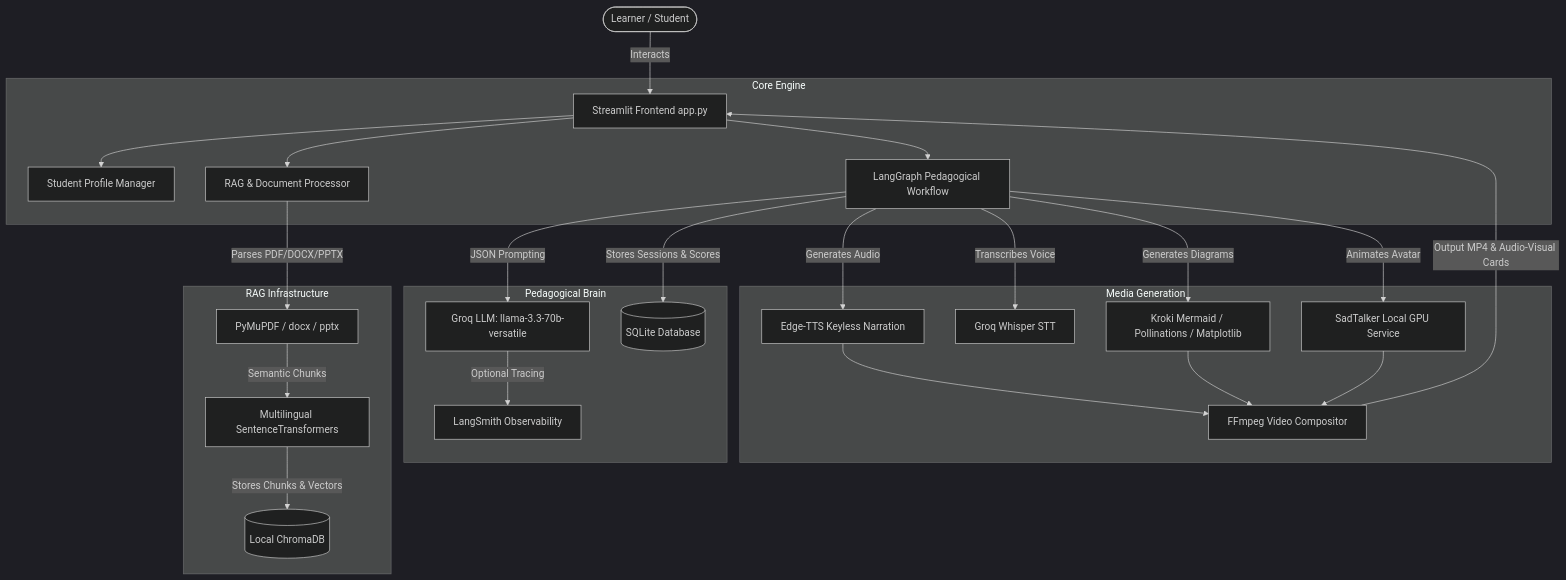
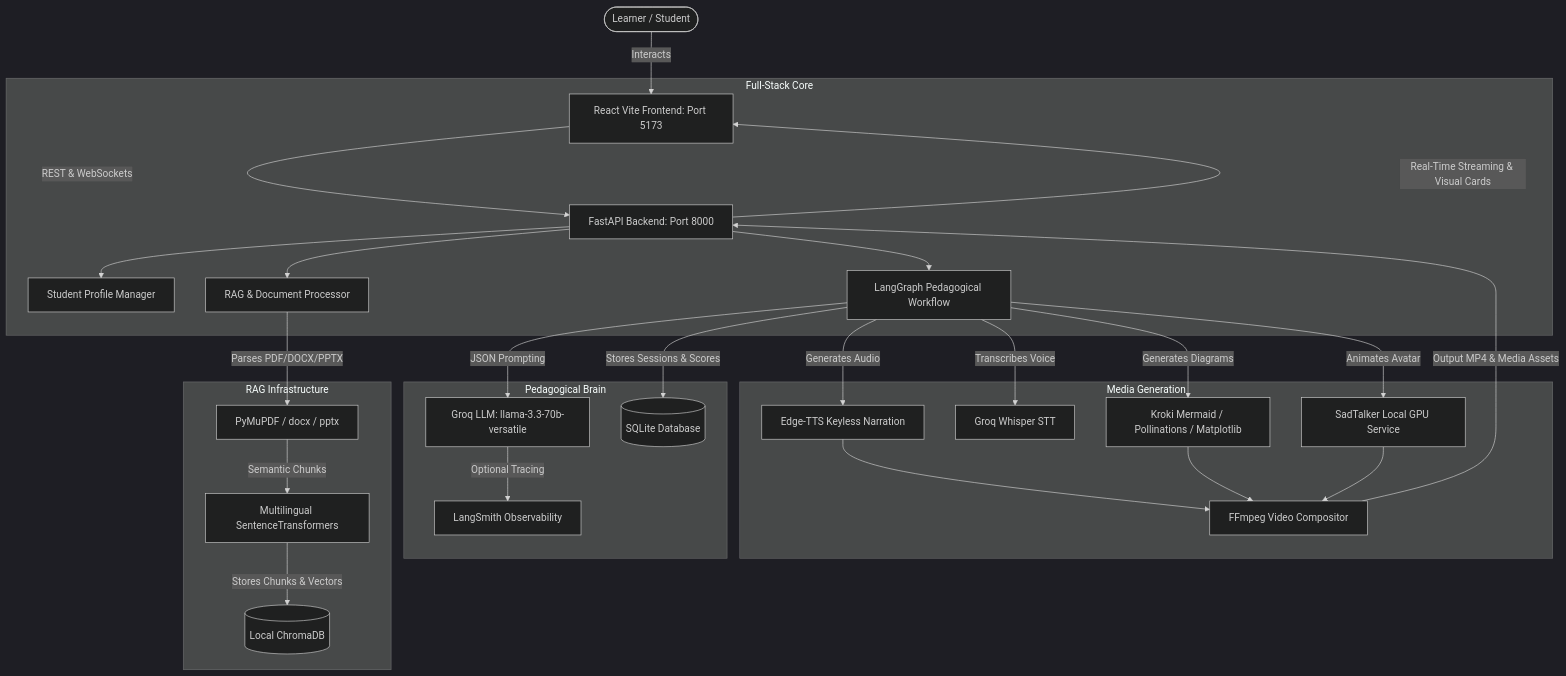
One commit to AL-PARITOSH/AI_Unstop_Hackathon_Team-AI_Cognitive_Creators changed the diagram in README.md. Above: the diagram before and after it, drawn with Mermaid (dark theme). The commit also changed other lines of this file and 13 other files, not shown here.

Commit message:
Remove documentation PDFs and migrate completely from legacy Streamlit to FastAPI and React full-stack platform

````diff
--- a/README.md
+++ b/README.md
@@ -33,32 +33,34 @@
 ```mermaid
 flowchart TD
-    User([Learner / Student]) -->|Interacts| UI[Streamlit Frontend app.py]
+    User([Learner / Student]) -->|Interacts| UI[React Vite Frontend: Port 5173]
     
-    subgraph Core Engine
-        UI --> Profile[Student Profile Manager]
-        UI --> RAG[RAG & Document Processor]
-        UI --> Graph[LangGraph Pedagogical Workflow]
+    subgraph Full-Stack Core
+        UI -->|REST & WebSockets| API[FastAPI Backend: Port 8000]
+        API --> Profile[Student Profile Manager]
+        API --> RAG[RAG & Document Processor]
+        API --> Graph[LangGraph Pedagogical Workflow]
     end
 
     subgraph RAG Infrastructure
         RAG -->|Parses PDF/DOCX/PPTX| PyMuPDF[PyMuPDF / docx / pptx]
         PyMuPDF -->|Semantic Chunks| Embedder[Multilingual SentenceTransformers]
         Embedder -->|Stores Chunks & Vectors| Chroma[(Local ChromaDB)]
     end
 
     subgraph Pedagogical Brain
         Graph -->|JSON Prompting| GroqLLM[Groq LLM: llama-3.3-70b-versatile]
         GroqLLM -->|Optional Tracing| LangSmith[LangSmith Observability]
         Graph -->|Stores Sessions & Scores| DB[(SQLite Database)]
     end
 
     subgraph Media Generation
         Graph -->|Generates Audio| EdgeTTS[Edge-TTS Keyless Narration]
         Graph -->|Transcribes Voice| GroqWhisper[Groq Whisper STT]
         Graph -->|Generates Diagrams| Visuals[Kroki Mermaid / Pollinations / Matplotlib]
         Graph -->|Animates Avatar| SadTalker[SadTalker Local GPU Service]
         Visuals & EdgeTTS & SadTalker --> Compositor[FFmpeg Video Compositor]
     end
 
-    Compositor -->|Output MP4 & Audio-Visual Cards| UI
+    Compositor -->|Output MP4 & Media Assets| API
+    API -->|Real-Time Streaming & Visual Cards| UI
 ```
````
